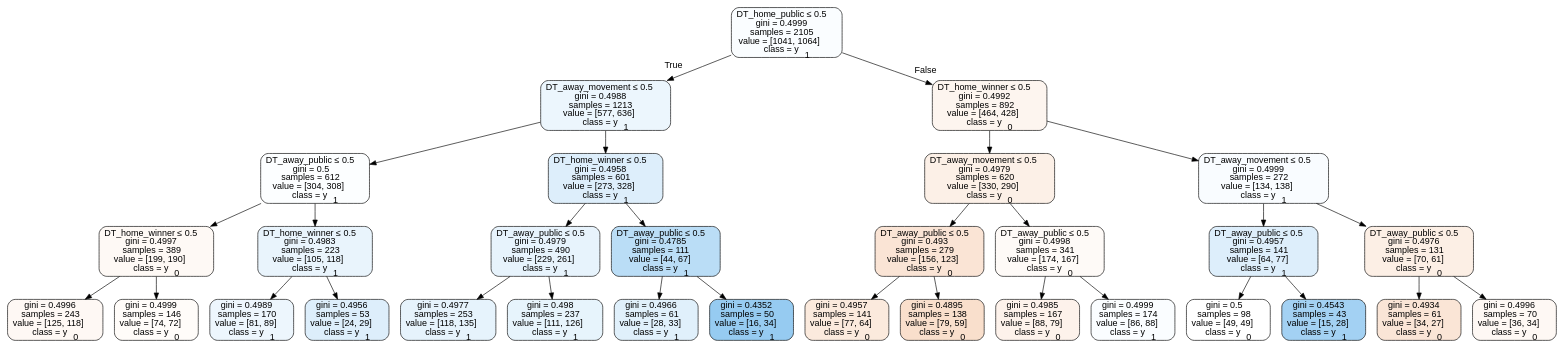
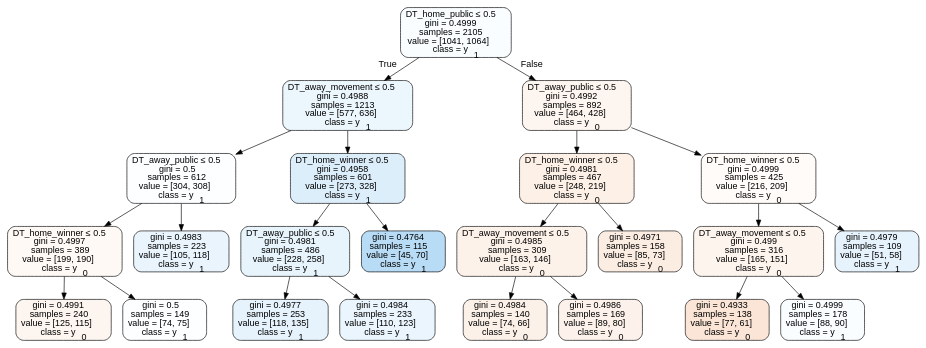
The diagram in tree_data/tree2017neutral.dot (usbogie/ncaa-bets), drawn with Graphviz before and after one commit. The commit also changed 50 other files, not shown here.

```diff
--- a/tree_data/tree2017neutral.dot
+++ b/tree_data/tree2017neutral.dot
@@ -1,65 +1,49 @@
 digraph Tree {
 node [shape=box, style="filled, rounded", color="black", fontname=helvetica] ;
 edge [fontname=helvetica] ;
 0 [label=<DT_home_public &le; 0.5<br/>gini = 0.4999<br/>samples = 2105<br/>value = [1041, 1064]<br/>class = y<SUB>1</SUB>>, fillcolor="#399de506"] ;
 1 [label=<DT_away_movement &le; 0.5<br/>gini = 0.4988<br/>samples = 1213<br/>value = [577, 636]<br/>class = y<SUB>1</SUB>>, fillcolor="#399de518"] ;
 0 -> 1 [labeldistance=2.5, labelangle=45, headlabel="True"] ;
 2 [label=<DT_away_public &le; 0.5<br/>gini = 0.5<br/>samples = 612<br/>value = [304, 308]<br/>class = y<SUB>1</SUB>>, fillcolor="#399de503"] ;
 1 -> 2 ;
 3 [label=<DT_home_winner &le; 0.5<br/>gini = 0.4997<br/>samples = 389<br/>value = [199, 190]<br/>class = y<SUB>0</SUB>>, fillcolor="#e581390c"] ;
 2 -> 3 ;
-4 [label=<gini = 0.4996<br/>samples = 243<br/>value = [125, 118]<br/>class = y<SUB>0</SUB>>, fillcolor="#e581390e"] ;
+4 [label=<gini = 0.4991<br/>samples = 240<br/>value = [125, 115]<br/>class = y<SUB>0</SUB>>, fillcolor="#e5813914"] ;
 3 -> 4 ;
-5 [label=<gini = 0.4999<br/>samples = 146<br/>value = [74, 72]<br/>class = y<SUB>0</SUB>>, fillcolor="#e5813907"] ;
+5 [label=<gini = 0.5<br/>samples = 149<br/>value = [74, 75]<br/>class = y<SUB>1</SUB>>, fillcolor="#399de503"] ;
 3 -> 5 ;
-6 [label=<DT_home_winner &le; 0.5<br/>gini = 0.4983<br/>samples = 223<br/>value = [105, 118]<br/>class = y<SUB>1</SUB>>, fillcolor="#399de51c"] ;
+6 [label=<gini = 0.4983<br/>samples = 223<br/>value = [105, 118]<br/>class = y<SUB>1</SUB>>, fillcolor="#399de51c"] ;
 2 -> 6 ;
-7 [label=<gini = 0.4989<br/>samples = 170<br/>value = [81, 89]<br/>class = y<SUB>1</SUB>>, fillcolor="#399de517"] ;
-6 -> 7 ;
-8 [label=<gini = 0.4956<br/>samples = 53<br/>value = [24, 29]<br/>class = y<SUB>1</SUB>>, fillcolor="#399de52c"] ;
-6 -> 8 ;
-9 [label=<DT_home_winner &le; 0.5<br/>gini = 0.4958<br/>samples = 601<br/>value = [273, 328]<br/>class = y<SUB>1</SUB>>, fillcolor="#399de52b"] ;
-1 -> 9 ;
-10 [label=<DT_away_public &le; 0.5<br/>gini = 0.4979<br/>samples = 490<br/>value = [229, 261]<br/>class = y<SUB>1</SUB>>, fillcolor="#399de51f"] ;
-9 -> 10 ;
-11 [label=<gini = 0.4977<br/>samples = 253<br/>value = [118, 135]<br/>class = y<SUB>1</SUB>>, fillcolor="#399de520"] ;
-10 -> 11 ;
-12 [label=<gini = 0.498<br/>samples = 237<br/>value = [111, 126]<br/>class = y<SUB>1</SUB>>, fillcolor="#399de51e"] ;
-10 -> 12 ;
-13 [label=<DT_away_public &le; 0.5<br/>gini = 0.4785<br/>samples = 111<br/>value = [44, 67]<br/>class = y<SUB>1</SUB>>, fillcolor="#399de558"] ;
-9 -> 13 ;
-14 [label=<gini = 0.4966<br/>samples = 61<br/>value = [28, 33]<br/>class = y<SUB>1</SUB>>, fillcolor="#399de527"] ;
+7 [label=<DT_home_winner &le; 0.5<br/>gini = 0.4958<br/>samples = 601<br/>value = [273, 328]<br/>class = y<SUB>1</SUB>>, fillcolor="#399de52b"] ;
+1 -> 7 ;
+8 [label=<DT_away_public &le; 0.5<br/>gini = 0.4981<br/>samples = 486<br/>value = [228, 258]<br/>class = y<SUB>1</SUB>>, fillcolor="#399de51e"] ;
+7 -> 8 ;
+9 [label=<gini = 0.4977<br/>samples = 253<br/>value = [118, 135]<br/>class = y<SUB>1</SUB>>, fillcolor="#399de520"] ;
+8 -> 9 ;
+10 [label=<gini = 0.4984<br/>samples = 233<br/>value = [110, 123]<br/>class = y<SUB>1</SUB>>, fillcolor="#399de51b"] ;
+8 -> 10 ;
+11 [label=<gini = 0.4764<br/>samples = 115<br/>value = [45, 70]<br/>class = y<SUB>1</SUB>>, fillcolor="#399de55b"] ;
+7 -> 11 ;
+12 [label=<DT_away_public &le; 0.5<br/>gini = 0.4992<br/>samples = 892<br/>value = [464, 428]<br/>class = y<SUB>0</SUB>>, fillcolor="#e5813914"] ;
+0 -> 12 [labeldistance=2.5, labelangle=-45, headlabel="False"] ;
+13 [label=<DT_home_winner &le; 0.5<br/>gini = 0.4981<br/>samples = 467<br/>value = [248, 219]<br/>class = y<SUB>0</SUB>>, fillcolor="#e581391e"] ;
+12 -> 13 ;
+14 [label=<DT_away_movement &le; 0.5<br/>gini = 0.4985<br/>samples = 309<br/>value = [163, 146]<br/>class = y<SUB>0</SUB>>, fillcolor="#e581391b"] ;
 13 -> 14 ;
-15 [label=<gini = 0.4352<br/>samples = 50<br/>value = [16, 34]<br/>class = y<SUB>1</SUB>>, fillcolor="#399de587"] ;
-13 -> 15 ;
-16 [label=<DT_home_winner &le; 0.5<br/>gini = 0.4992<br/>samples = 892<br/>value = [464, 428]<br/>class = y<SUB>0</SUB>>, fillcolor="#e5813914"] ;
-0 -> 16 [labeldistance=2.5, labelangle=-45, headlabel="False"] ;
-17 [label=<DT_away_movement &le; 0.5<br/>gini = 0.4979<br/>samples = 620<br/>value = [330, 290]<br/>class = y<SUB>0</SUB>>, fillcolor="#e581391f"] ;
-16 -> 17 ;
-18 [label=<DT_away_public &le; 0.5<br/>gini = 0.493<br/>samples = 279<br/>value = [156, 123]<br/>class = y<SUB>0</SUB>>, fillcolor="#e5813936"] ;
-17 -> 18 ;
-19 [label=<gini = 0.4957<br/>samples = 141<br/>value = [77, 64]<br/>class = y<SUB>0</SUB>>, fillcolor="#e581392b"] ;
+15 [label=<gini = 0.4984<br/>samples = 140<br/>value = [74, 66]<br/>class = y<SUB>0</SUB>>, fillcolor="#e581391c"] ;
+14 -> 15 ;
+16 [label=<gini = 0.4986<br/>samples = 169<br/>value = [89, 80]<br/>class = y<SUB>0</SUB>>, fillcolor="#e581391a"] ;
+14 -> 16 ;
+17 [label=<gini = 0.4971<br/>samples = 158<br/>value = [85, 73]<br/>class = y<SUB>0</SUB>>, fillcolor="#e5813924"] ;
+13 -> 17 ;
+18 [label=<DT_home_winner &le; 0.5<br/>gini = 0.4999<br/>samples = 425<br/>value = [216, 209]<br/>class = y<SUB>0</SUB>>, fillcolor="#e5813908"] ;
+12 -> 18 ;
+19 [label=<DT_away_movement &le; 0.5<br/>gini = 0.499<br/>samples = 316<br/>value = [165, 151]<br/>class = y<SUB>0</SUB>>, fillcolor="#e5813916"] ;
 18 -> 19 ;
-20 [label=<gini = 0.4895<br/>samples = 138<br/>value = [79, 59]<br/>class = y<SUB>0</SUB>>, fillcolor="#e5813941"] ;
-18 -> 20 ;
-21 [label=<DT_away_public &le; 0.5<br/>gini = 0.4998<br/>samples = 341<br/>value = [174, 167]<br/>class = y<SUB>0</SUB>>, fillcolor="#e581390a"] ;
-17 -> 21 ;
-22 [label=<gini = 0.4985<br/>samples = 167<br/>value = [88, 79]<br/>class = y<SUB>0</SUB>>, fillcolor="#e581391a"] ;
-21 -> 22 ;
-23 [label=<gini = 0.4999<br/>samples = 174<br/>value = [86, 88]<br/>class = y<SUB>1</SUB>>, fillcolor="#399de506"] ;
-21 -> 23 ;
-24 [label=<DT_away_movement &le; 0.5<br/>gini = 0.4999<br/>samples = 272<br/>value = [134, 138]<br/>class = y<SUB>1</SUB>>, fillcolor="#399de507"] ;
-16 -> 24 ;
-25 [label=<DT_away_public &le; 0.5<br/>gini = 0.4957<br/>samples = 141<br/>value = [64, 77]<br/>class = y<SUB>1</SUB>>, fillcolor="#399de52b"] ;
-24 -> 25 ;
-26 [label=<gini = 0.5<br/>samples = 98<br/>value = [49, 49]<br/>class = y<SUB>0</SUB>>, fillcolor="#e5813900"] ;
-25 -> 26 ;
-27 [label=<gini = 0.4543<br/>samples = 43<br/>value = [15, 28]<br/>class = y<SUB>1</SUB>>, fillcolor="#399de576"] ;
-25 -> 27 ;
-28 [label=<DT_away_public &le; 0.5<br/>gini = 0.4976<br/>samples = 131<br/>value = [70, 61]<br/>class = y<SUB>0</SUB>>, fillcolor="#e5813921"] ;
-24 -> 28 ;
-29 [label=<gini = 0.4934<br/>samples = 61<br/>value = [34, 27]<br/>class = y<SUB>0</SUB>>, fillcolor="#e5813934"] ;
-28 -> 29 ;
-30 [label=<gini = 0.4996<br/>samples = 70<br/>value = [36, 34]<br/>class = y<SUB>0</SUB>>, fillcolor="#e581390e"] ;
-28 -> 30 ;
+20 [label=<gini = 0.4933<br/>samples = 138<br/>value = [77, 61]<br/>class = y<SUB>0</SUB>>, fillcolor="#e5813935"] ;
+19 -> 20 ;
+21 [label=<gini = 0.4999<br/>samples = 178<br/>value = [88, 90]<br/>class = y<SUB>1</SUB>>, fillcolor="#399de506"] ;
+19 -> 21 ;
+22 [label=<gini = 0.4979<br/>samples = 109<br/>value = [51, 58]<br/>class = y<SUB>1</SUB>>, fillcolor="#399de51f"] ;
+18 -> 22 ;
 }
```
